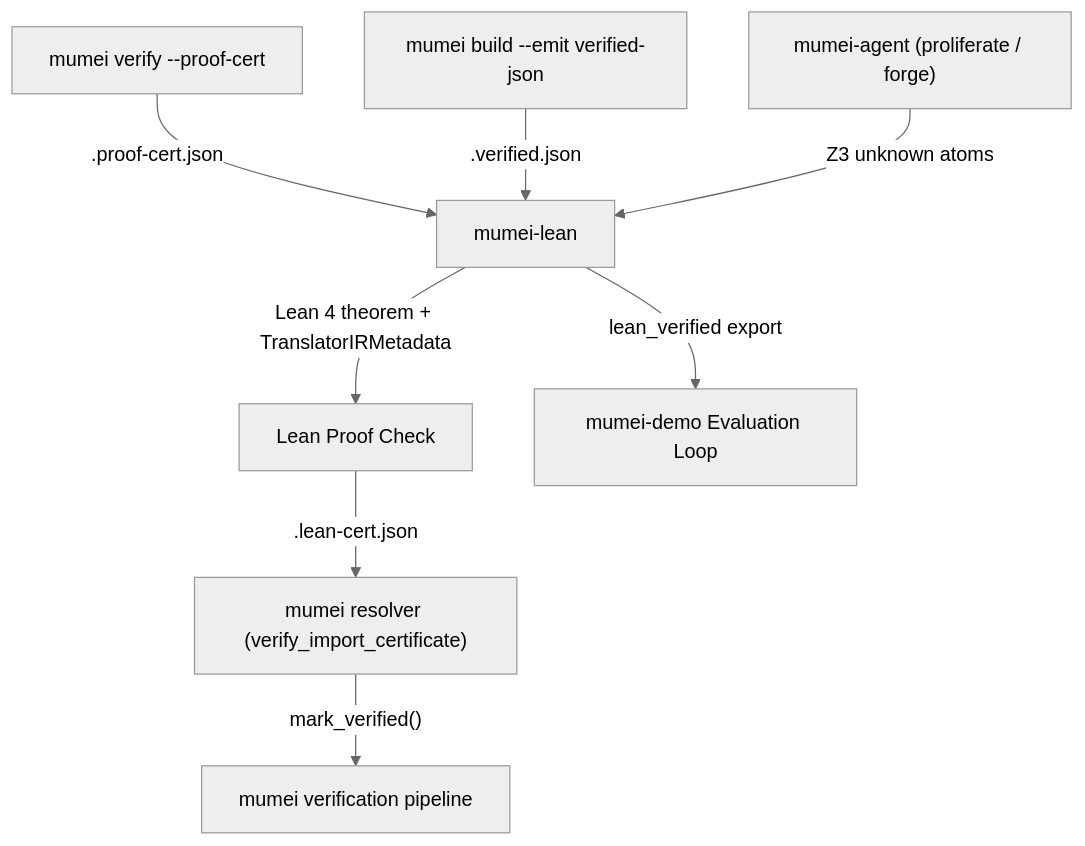
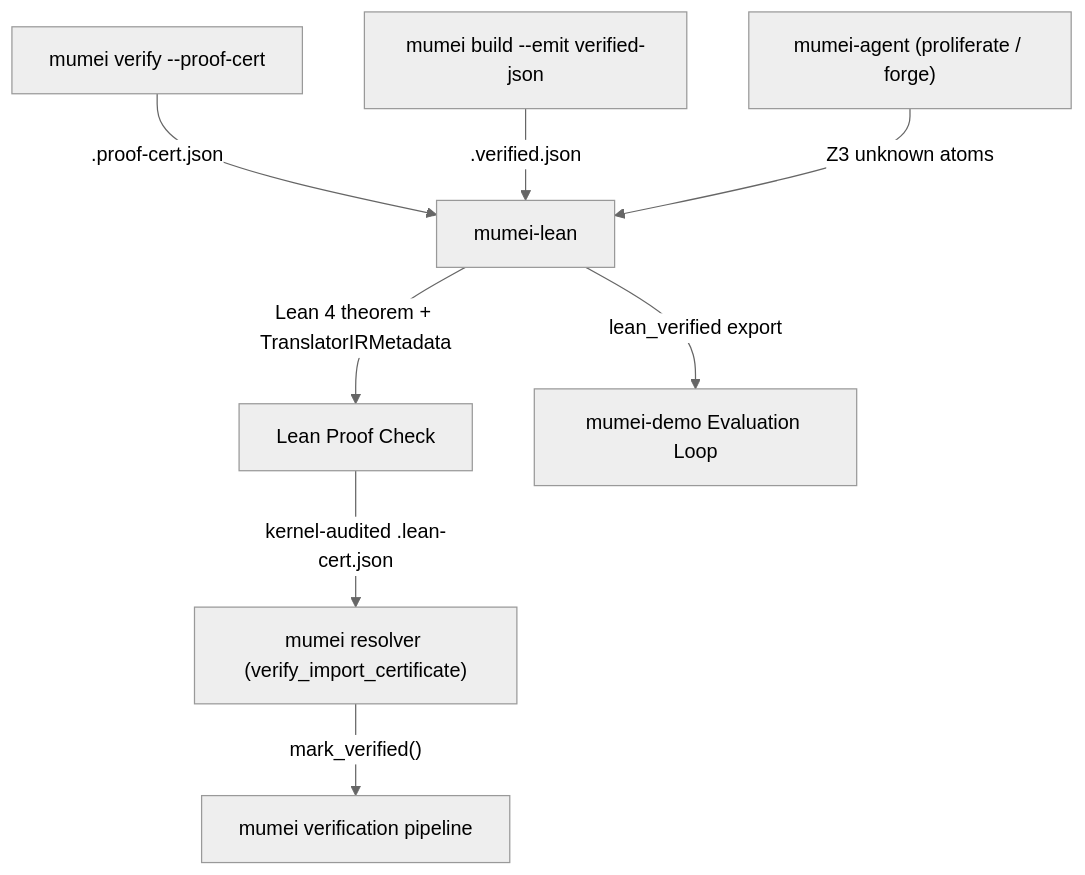
Before and after one commit to mumei-lang/mumei-lean: the diagram in README.md, drawn with Mermaid (neutral theme). The commit also changed other lines of this file, not shown here.

Commit message:
Clarify Lean backend ownership boundary (#160)

````diff
--- a/README.md
+++ b/README.md
@@ -39,10 +46,10 @@
 ```mermaid
 graph TD
     M["mumei verify --proof-cert"] -->|".proof-cert.json"| ML["mumei-lean"]
     M2["mumei build --emit verified-json"] -->|".verified.json"| ML
     ML -->|"Lean 4 theorem + TranslatorIRMetadata"| LP["Lean Proof Check"]
-    LP -->|".lean-cert.json"| MR["mumei resolver (verify_import_certificate)"]
+    LP -->|"kernel-audited .lean-cert.json"| MR["mumei resolver (verify_import_certificate)"]
     MR -->|"mark_verified()"| MV["mumei verification pipeline"]
     AG["mumei-agent (proliferate / forge)"] -->|"Z3 unknown atoms"| ML
     ML -->|"lean_verified export"| DEMO["mumei-demo Evaluation Loop"]
 ```
````
